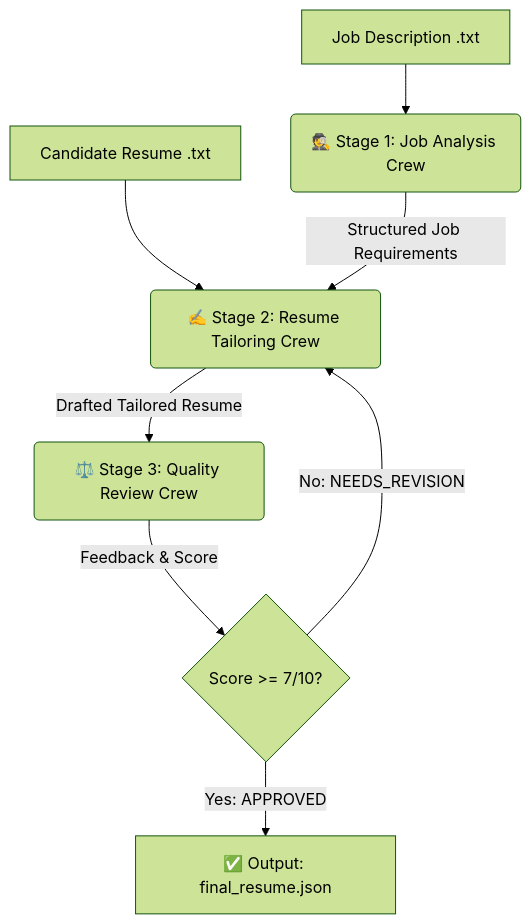
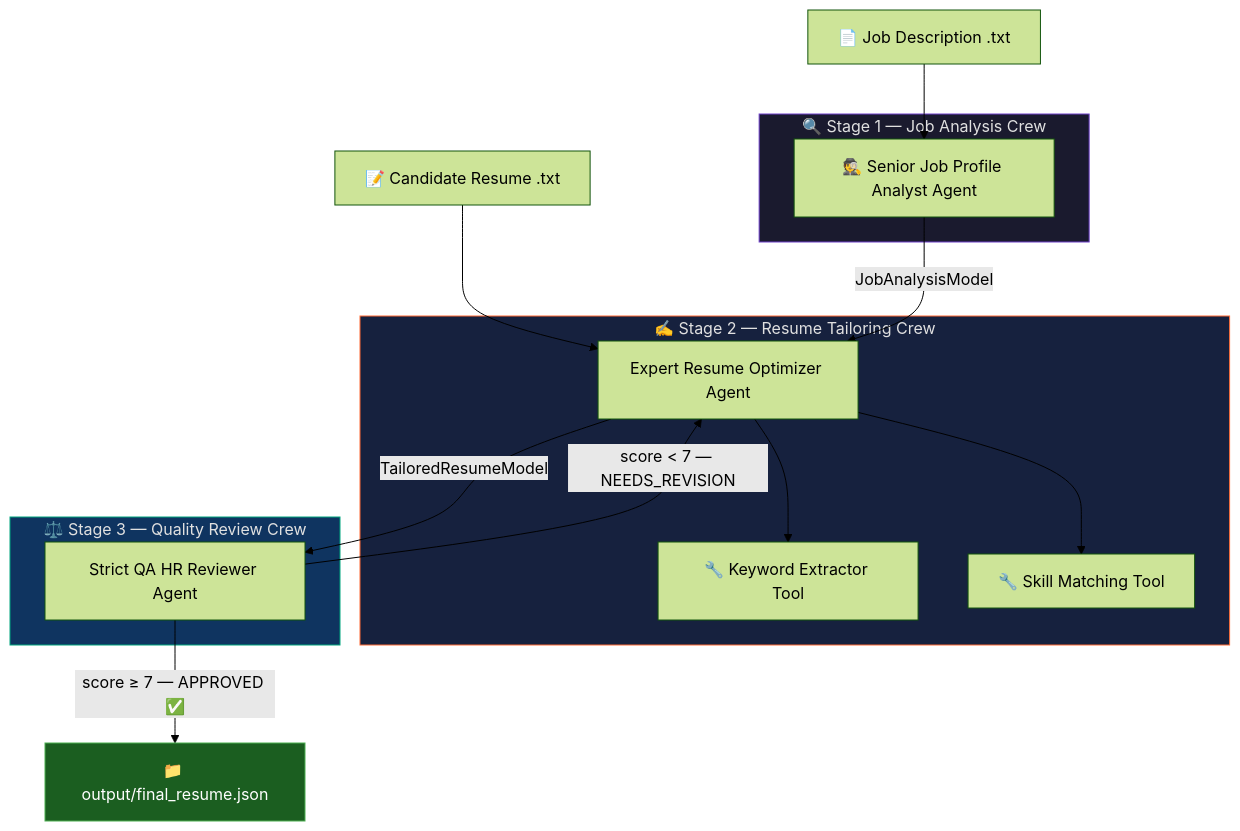
The diagram in README.md (ShreyashPatil530/crewai-resume-pipeline), drawn with Mermaid (forest theme) before and after one commit. The commit also changed other lines of this file, not shown here.

Commit message:
docs: Add professional README with pipeline diagram, sample output, and modern badges

````diff
--- a/README.md
+++ b/README.md
@@ -25,10 +75,31 @@
 ```mermaid
-graph TD;
-    A[Job Description .txt] --> B(🕵️ Stage 1: Job Analysis Crew);
-    C[Candidate Resume .txt] --> D(✍️ Stage 2: Resume Tailoring Crew);
-    B -->|Structured Job Requirements| D;
-    D -->|Drafted Tailored Resume| E(⚖️ Stage 3: Quality Review Crew);
-    E -->|Feedback & Score| F{Score >= 7/10?};
-    F -->|No: NEEDS_REVISION| D;
-    F -->|Yes: APPROVED| G[✅ Output: final_resume.json];
+flowchart TD
+    A[📄 Job Description .txt] --> C
+    B[📝 Candidate Resume .txt] --> D
+
+    subgraph STAGE1 ["🔍 Stage 1 — Job Analysis Crew"]
+        C[🕵️ Senior Job Profile Analyst Agent]
+    end
+
+    subgraph STAGE2 ["✍️ Stage 2 — Resume Tailoring Crew"]
+        D[Expert Resume Optimizer Agent]
+        T1[🔧 Keyword Extractor Tool]
+        T2[🔧 Skill Matching Tool]
+        D --> T1
+        D --> T2
+    end
+
+    subgraph STAGE3 ["⚖️ Stage 3 — Quality Review Crew"]
+        E[Strict QA HR Reviewer Agent]
+    end
+
+    C -->|JobAnalysisModel| D
+    D -->|TailoredResumeModel| E
+    E -->|score < 7 — NEEDS_REVISION| D
+    E -->|score ≥ 7 — APPROVED ✅| F[📁 output/final_resume.json]
+
+    style STAGE1 fill:#1a1a2e,color:#e0e0e0,stroke:#6E40C9
+    style STAGE2 fill:#16213e,color:#e0e0e0,stroke:#FF6B35
+    style STAGE3 fill:#0f3460,color:#e0e0e0,stroke:#00A67E
+    style F fill:#1b5e20,color:#ffffff,stroke:#4caf50
 ```
````
